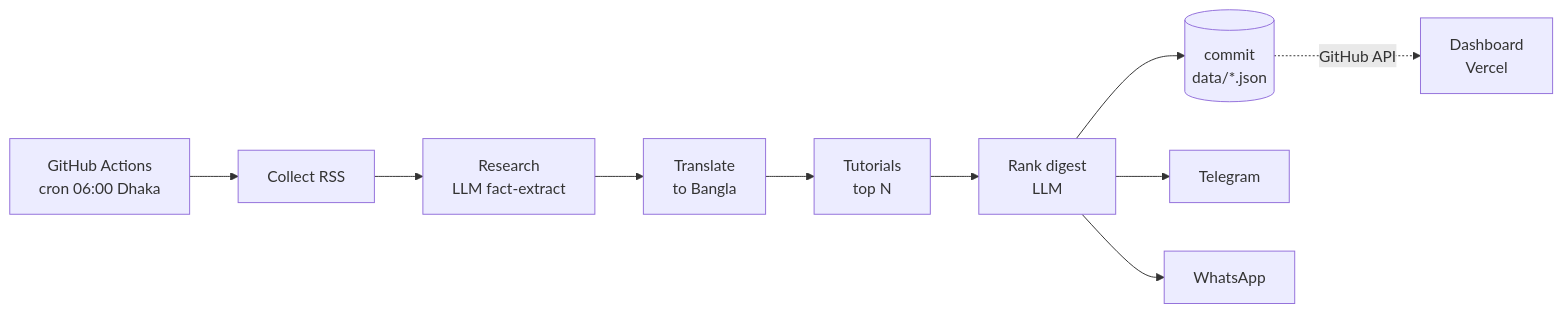
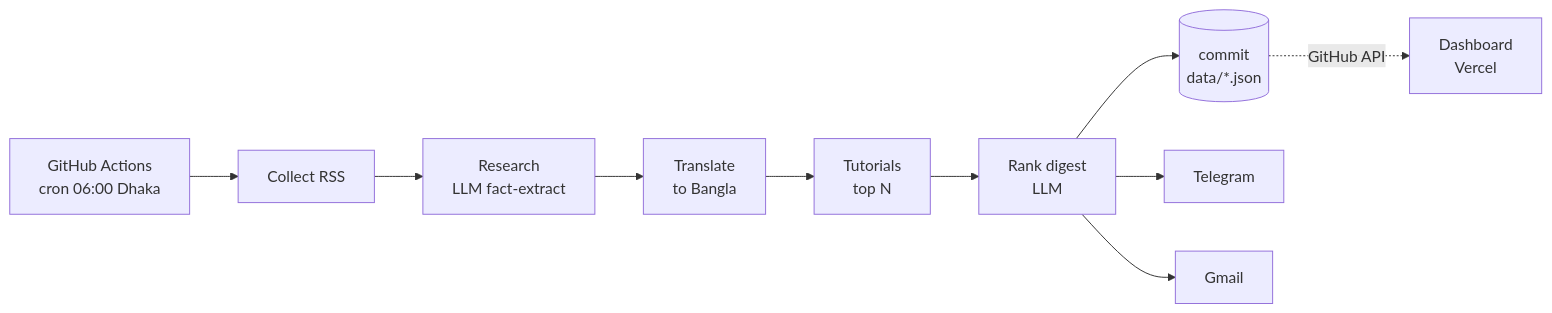
The diagram in README.md (ausim99/ai-tech-news-assistant), drawn with Mermaid before and after one commit. The commit also changed other lines of this file and 24 other files, not shown here.

First line of the commit message:
Replace WhatsApp delivery with Gmail (SMTP)

````diff
--- a/README.md
+++ b/README.md
@@ -18,9 +18,9 @@
 ```mermaid
 flowchart LR
     A[GitHub Actions\ncron 06:00 Dhaka] --> B[Collect RSS] --> C[Research\nLLM fact-extract]
     C --> D[Translate\nto Bangla] --> E[Tutorials\ntop N] --> F[Rank digest\nLLM]
     F --> G[(commit\ndata/*.json)]
     F --> H[Telegram]
-    F --> I[WhatsApp]
+    F --> I[Gmail]
     G -.GitHub API.-> J[Dashboard\nVercel]
 ```
````
